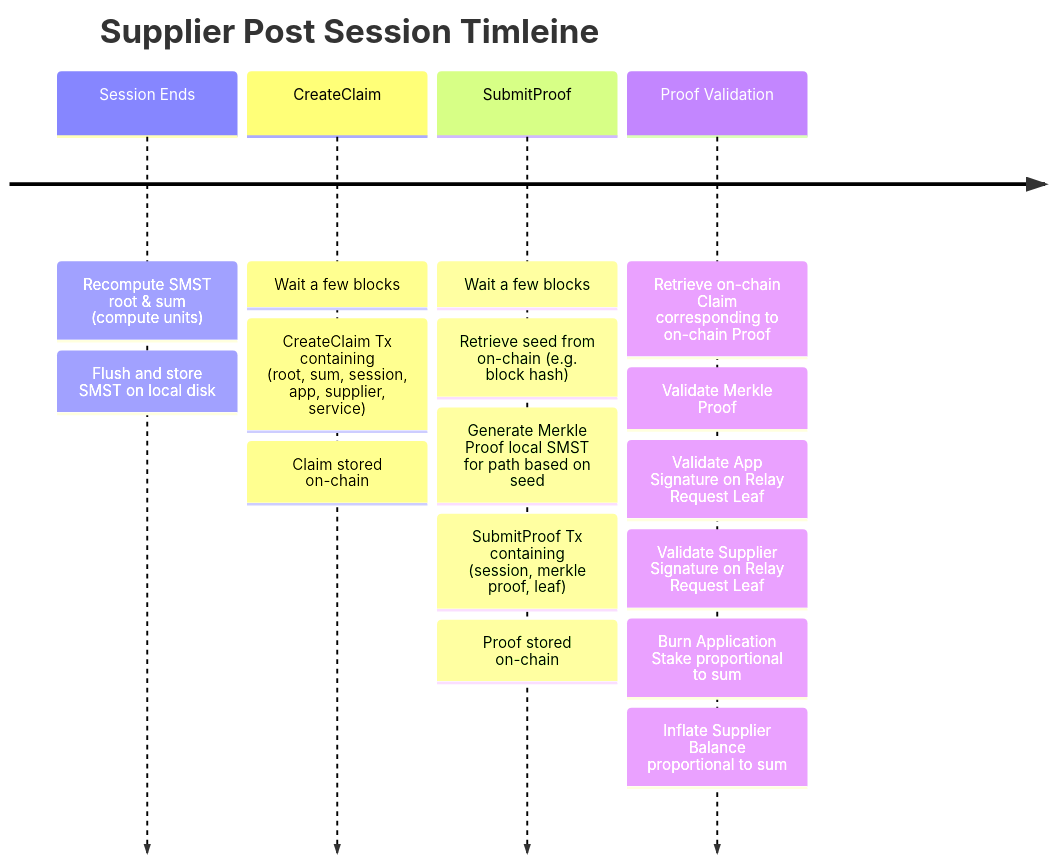
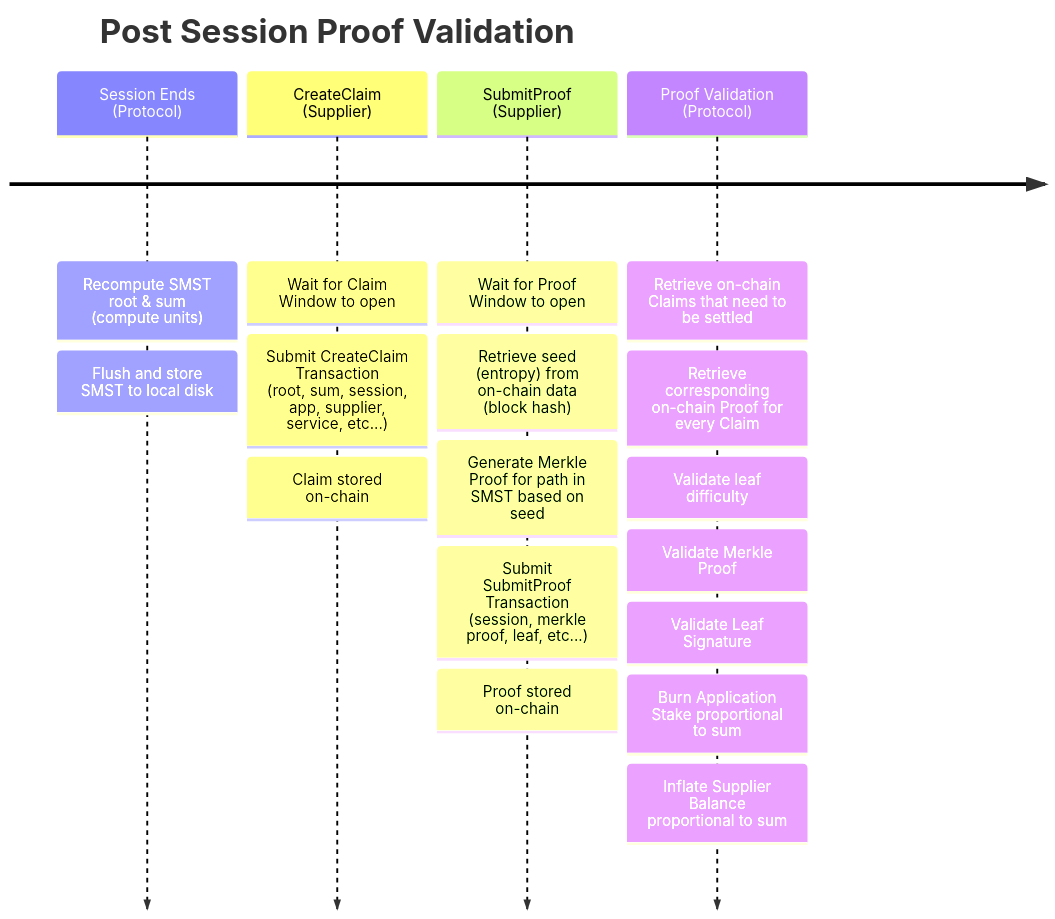
One commit to pokt-network/poktroll changed the second of 8 diagrams in docusaurus/docs/protocol/claim_and_proof_lifecycle.md. Above: the diagram before and after it, drawn with Mermaid. The commit also changed other lines of this file and 3 other files, not shown here.

````diff
--- a/docusaurus/docs/protocol/claim_and_proof_lifecycle.md
+++ b/docusaurus/docs/protocol/claim_and_proof_lifecycle.md
@@ -100,24 +102,25 @@
 ```Mermaid
 timeline
-    title Supplier Post Session Timleine
-    Session Ends
+    title Post Session Proof Validation
+    Session Ends <br> (Protocol)
         : Recompute SMST root & sum (compute units)
-        : Flush and store SMST on local disk
-    CreateClaim
-        : Wait a few blocks
-        : CreateClaim Tx containing <br>(root, sum, session, app, supplier, service)
+        : Flush and store SMST to local disk
+    CreateClaim <br> (Supplier)
+        : Wait for Claim Window to open
+        : Submit CreateClaim Transaction <br>(root, sum, session, app, supplier, service, etc...)
         : Claim stored on-chain
-    SubmitProof
-        : Wait a few blocks
-        : Retrieve seed from on-chain (e.g. block hash)
-        : Generate Merkle Proof local SMST for path based on seed
-        : SubmitProof Tx containing <br>(session, merkle proof, leaf)
+    SubmitProof <br> (Supplier)
+        : Wait for Proof Window to open
+        : Retrieve seed (entropy) from on-chain data (block hash)
+        : Generate Merkle Proof for path in SMST based on seed
+        : Submit SubmitProof Transaction <br>(session, merkle proof, leaf, etc...)
         : Proof stored on-chain
-    Proof Validation
-        : Retrieve on-chain Claim corresponding to on-chain Proof
+    Proof Validation <br> (Protocol)
+        : Retrieve on-chain Claims that need to be settled
+        : Retrieve corresponding on-chain Proof for every Claim
+        : Validate leaf difficulty
         : Validate Merkle Proof
-        : Validate App Signature on Relay Request Leaf
-        : Validate Supplier Signature on Relay Request Leaf
+        : Validate Leaf Signature
         : Burn Application Stake proportional to sum
         : Inflate Supplier Balance  proportional to sum
 ```
````
